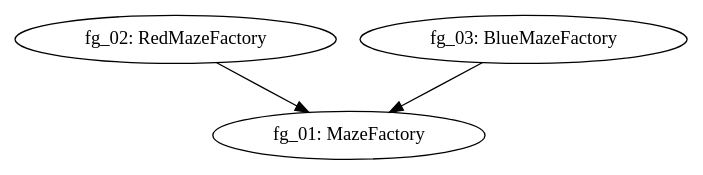
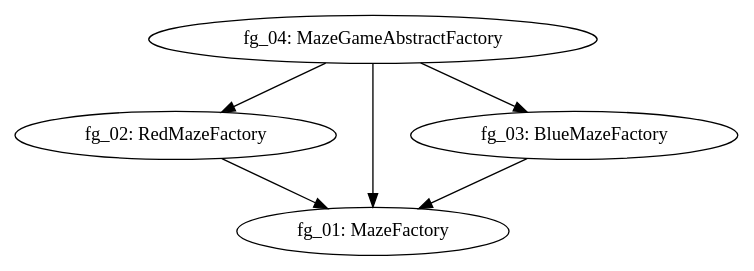
Before and after one commit to FrankHZFang/ArchData: the diagram in files/mazegame/mazegame_UH.dot, drawn with Graphviz. The commit also changed 114 other files, not shown here.

```diff
--- a/files/mazegame/mazegame_UH.dot
+++ b/files/mazegame/mazegame_UH.dot
@@ -1,4 +1,7 @@
 digraph G { 
 "fg_02: RedMazeFactory" -> "fg_01: MazeFactory"; 
 "fg_03: BlueMazeFactory" -> "fg_01: MazeFactory"; 
+"fg_04: MazeGameAbstractFactory" -> "fg_01: MazeFactory"; 
+"fg_04: MazeGameAbstractFactory" -> "fg_03: BlueMazeFactory"; 
+"fg_04: MazeGameAbstractFactory" -> "fg_02: RedMazeFactory"; 
 }
```
